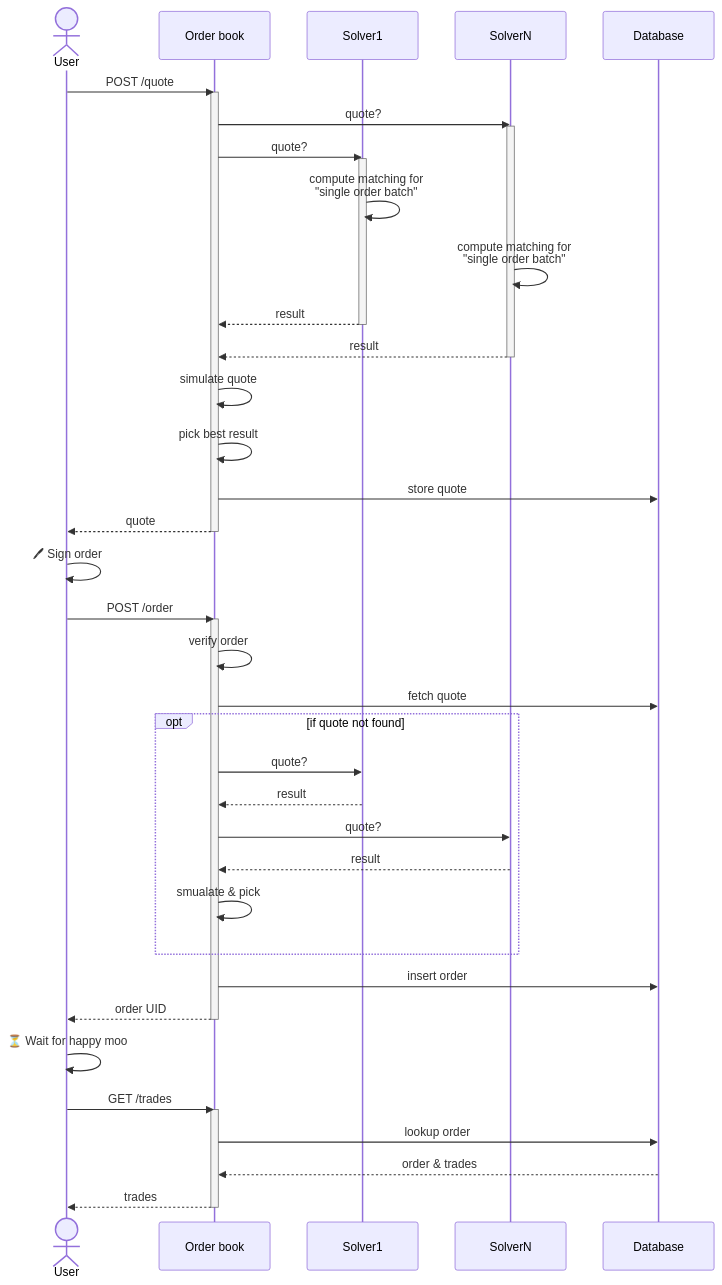
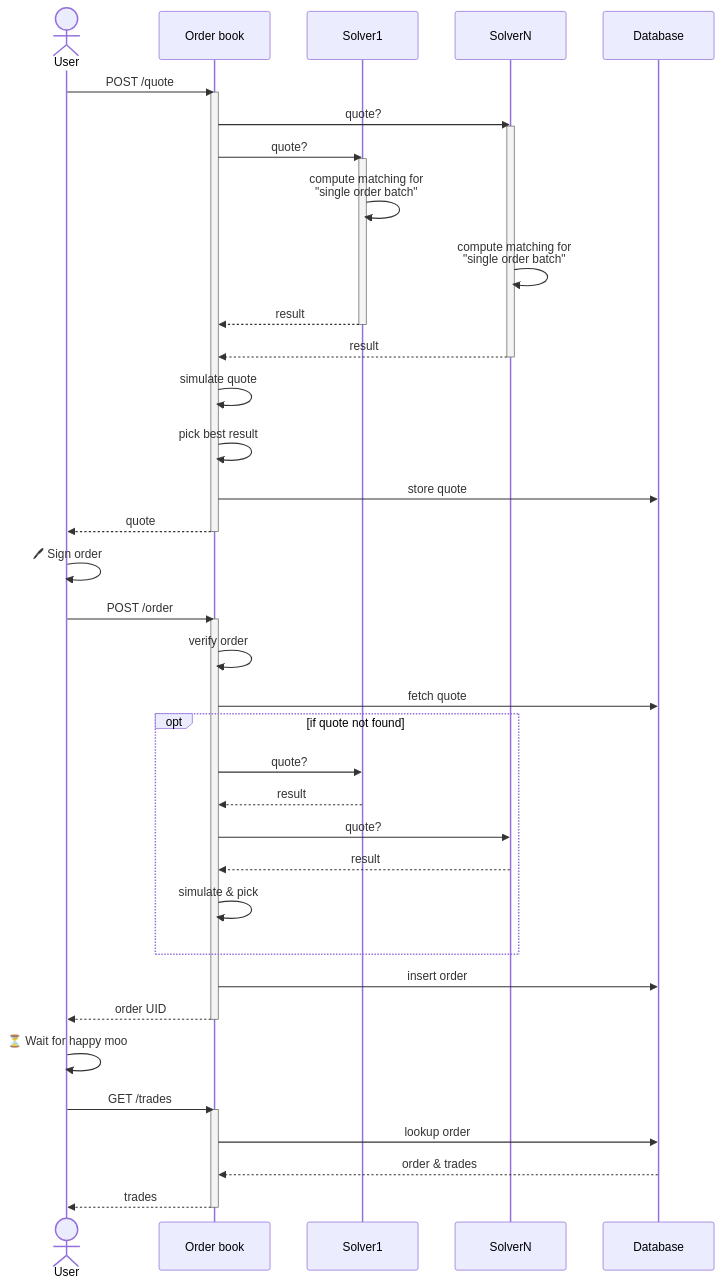
Before and after one commit to cowprotocol/docs: the diagram in docs/cow-protocol/tutorials/arbitrate/orderbook.md, drawn with Mermaid.

Commit message:
Fix typo (#540)

````diff
--- a/docs/cow-protocol/tutorials/arbitrate/orderbook.md
+++ b/docs/cow-protocol/tutorials/arbitrate/orderbook.md
@@ -20,45 +20,45 @@
 ```mermaid
 sequenceDiagram
     actor User
     participant Order book
     participant Solver1
     User->>Order book: POST /quote
     activate Order book
     Order book->>SolverN: quote?
     activate SolverN
     Order book->>Solver1: quote?
     activate Solver1
     Solver1->>Solver1: compute matching for<br> "single order batch"
     SolverN->>SolverN: compute matching for<br> "single order batch"
     Solver1-->>Order book: result
     deactivate Solver1
     SolverN-->>Order book: result
     deactivate SolverN
     Order book->>Order book: simulate quote
     Order book->>Order book: pick best result
     Order book->>Database: store quote
     Order book-->>User: quote
     deactivate Order book
     User->>User: 🖊 Sign order
     User->>Order book: POST /order
     activate Order book
     Order book->>Order book: verify order
     Order book->>Database: fetch quote
     opt if quote not found
       Order book->>Solver1: quote?
       Solver1-->>Order book: result
       Order book->>SolverN: quote?
       SolverN-->>Order book: result
-      Order book->>Order book: smualate & pick
+      Order book->>Order book: simulate & pick
     end
     Order book->>Database: insert order
     Order book-->>User: order UID
     deactivate Order book
     User->>User: ⏳ Wait for happy moo
     User->>Order book: GET /trades
     activate Order book
     Order book->>Database: lookup order
     Database-->>Order book: order & trades
     Order book-->>User: trades
     deactivate Order book
 ```
````
